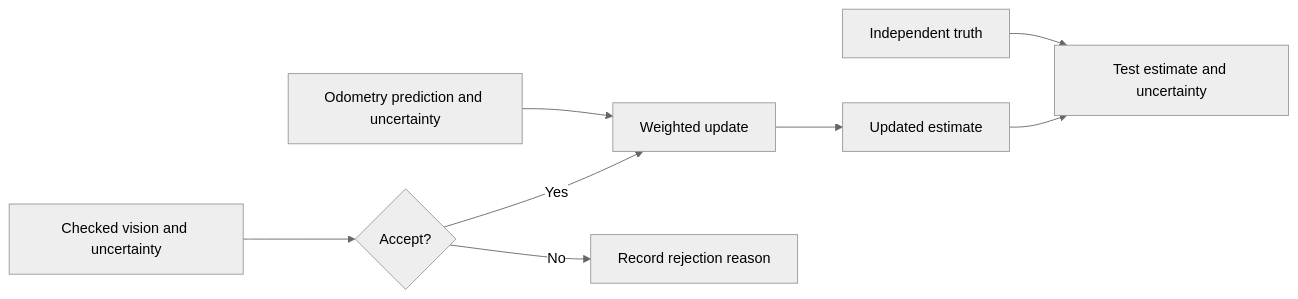
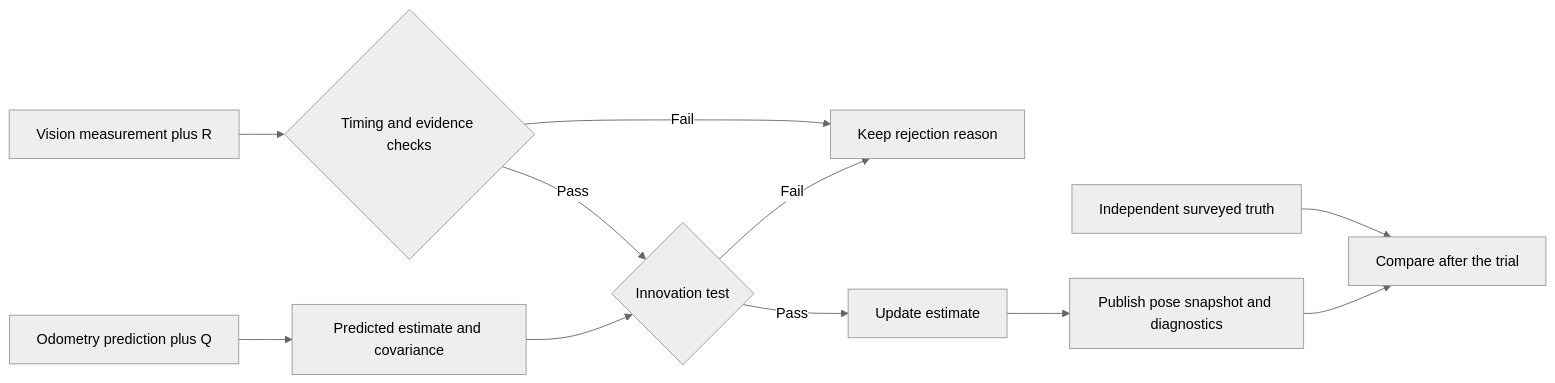
One commit to ARES-23247/ARESWEB changed the diagram in content/learning/controls/06-sensor-fusion.md. Above: the diagram before and after it, drawn with Mermaid (neutral theme). The commit also changed other lines of this file and 4 other files, not shown here.

````diff
--- a/content/learning/controls/06-sensor-fusion.md
+++ b/content/learning/controls/06-sensor-fusion.md
@@ -44,11 +85,14 @@
 ```mermaid
-%% aria: An odometry prediction and uncertainty meet a checked vision measurement and uncertainty. Accepted data enters a weighted update. Rejected data records a reason. Independent truth tests the result later.
+%% aria: Odometry predicts a pose and uncertainty. A vision measurement and uncertainty pass through timing and innovation checks. Accepted evidence updates the estimate. Rejected evidence keeps a reason. Independent truth tests the result but never enters the update.
 flowchart LR
-  O["Odometry prediction and uncertainty"] --> U["Weighted update"]
-  V["Checked vision and uncertainty"] --> D{"Accept?"}
-  D -->|Yes| U
-  D -->|No| R["Record rejection reason"]
-  U --> E["Updated estimate"]
-  T["Independent truth"] --> C["Test estimate and uncertainty"]
+  O["Odometry prediction plus Q"] --> P["Predicted estimate and covariance"]
+  V["Vision measurement plus R"] --> G{"Timing and evidence checks"}
+  G -->|Pass| I{"Innovation test"}
+  G -->|Fail| D["Keep rejection reason"]
+  I -->|Pass| U["Update estimate"]
+  I -->|Fail| D
+  P --> I
+  U --> E["Publish pose snapshot and diagnostics"]
+  T["Independent surveyed truth"] --> C["Compare after the trial"]
   E --> C
 ```
````
